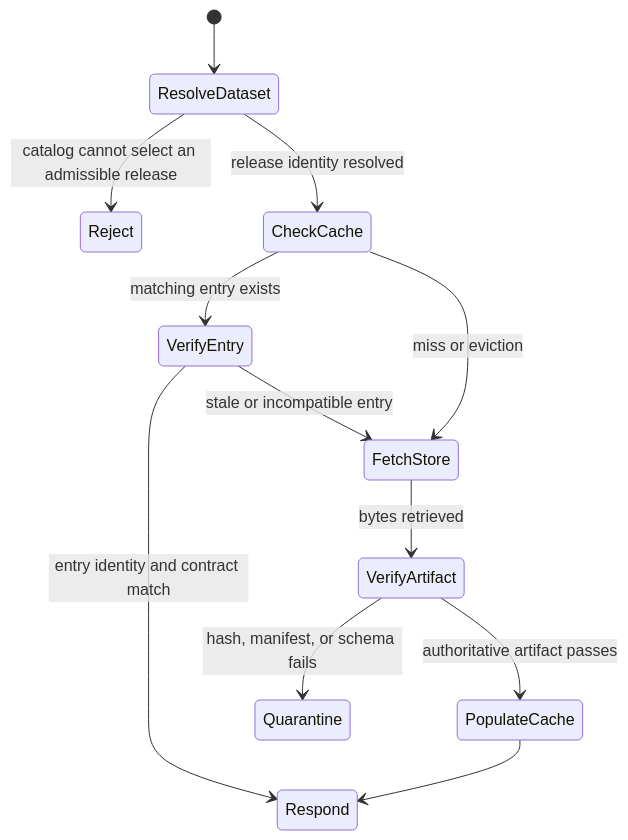
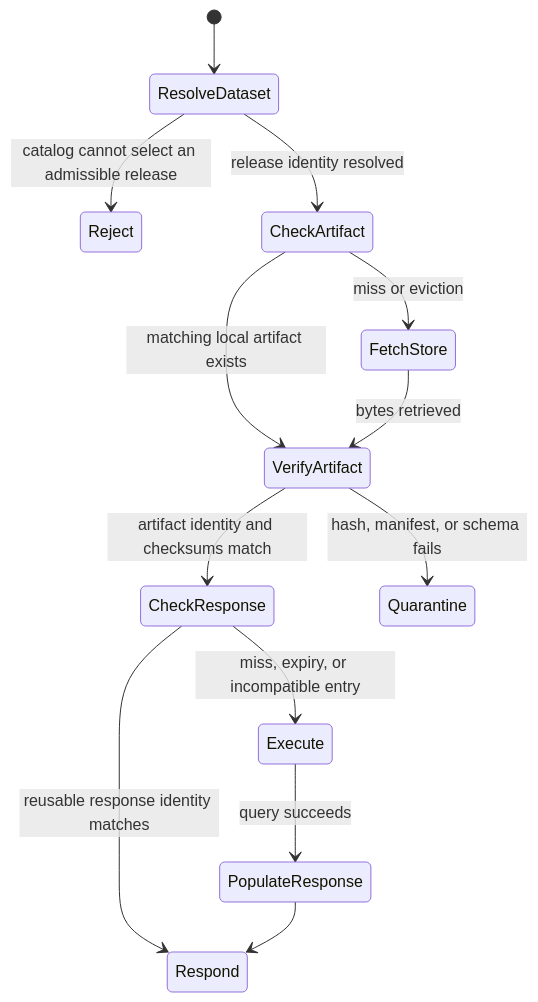
Before and after one commit to bijux/bijux-atlas: the second of 7 diagrams in docs/bijux-atlas-ops/stack/cache-and-store-operations.md, drawn with Mermaid. The commit also changed other lines of this file and 2 other files, not shown here.

Commit message:
docs(stack): separate deployment and cache authority

````diff
--- a/docs/bijux-atlas-ops/stack/cache-and-store-operations.md
+++ b/docs/bijux-atlas-ops/stack/cache-and-store-operations.md
@@ -36,14 +44,15 @@
 ```mermaid
 stateDiagram-v2
     [*] --> ResolveDataset
     ResolveDataset --> Reject: catalog cannot select an admissible release
-    ResolveDataset --> CheckCache: release identity resolved
-    CheckCache --> VerifyEntry: matching entry exists
-    CheckCache --> FetchStore: miss or eviction
-    VerifyEntry --> Respond: entry identity and contract match
-    VerifyEntry --> FetchStore: stale or incompatible entry
+    ResolveDataset --> CheckArtifact: release identity resolved
+    CheckArtifact --> VerifyArtifact: matching local artifact exists
+    CheckArtifact --> FetchStore: miss or eviction
+    VerifyArtifact --> CheckResponse: artifact identity and checksums match
     FetchStore --> VerifyArtifact: bytes retrieved
     VerifyArtifact --> Quarantine: hash, manifest, or schema fails
-    VerifyArtifact --> PopulateCache: authoritative artifact passes
-    PopulateCache --> Respond
+    CheckResponse --> Respond: reusable response identity matches
+    CheckResponse --> Execute: miss, expiry, or incompatible entry
+    Execute --> PopulateResponse: query succeeds
+    PopulateResponse --> Respond
 ```
````
